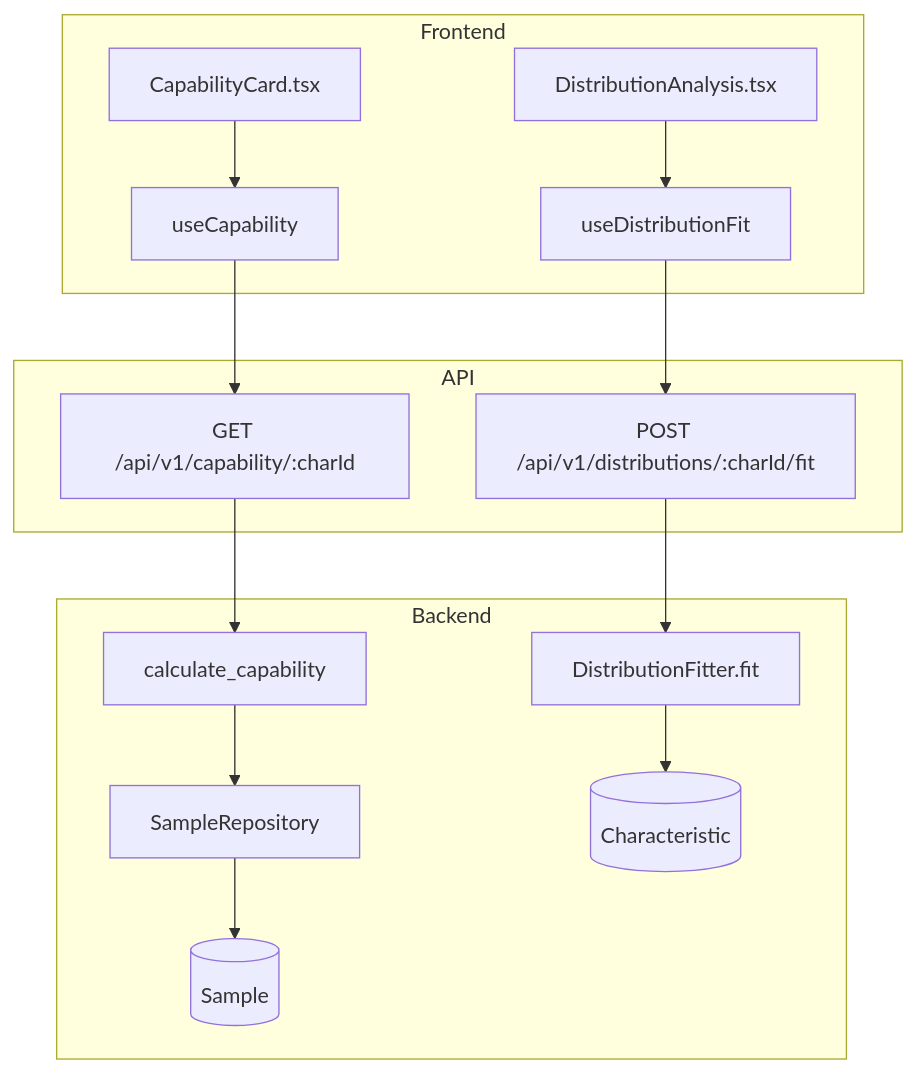
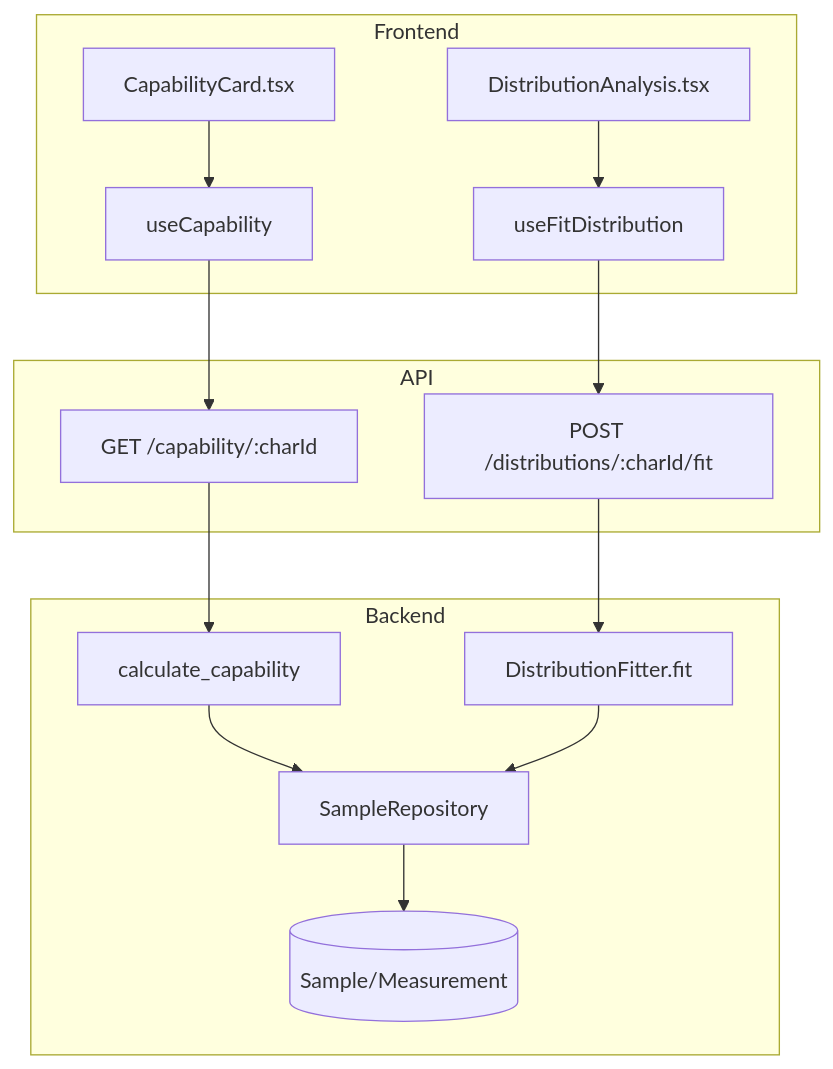
One commit to saturnis-io/cassini changed the first of 2 diagrams in .knowledge/features/capability.md. Above: the diagram before and after it, drawn with Mermaid. The commit also changed other lines of this file and 16 other files, not shown here.

First line of the commit message:
knowledge-graph: regenerate

````diff
--- a/.knowledge/features/capability.md
+++ b/.knowledge/features/capability.md
@@ -5,18 +5,18 @@
 ```mermaid
 flowchart TD
     subgraph Frontend
         C1[CapabilityCard.tsx] --> H1[useCapability]
-        C2[DistributionAnalysis.tsx] --> H2[useDistributionFit]
+        C2[DistributionAnalysis.tsx] --> H2[useFitDistribution]
     end
     subgraph API
-        H1 --> E1[GET /api/v1/capability/:charId]
-        H2 --> E2[POST /api/v1/distributions/:charId/fit]
+        H1 --> E1[GET /capability/:charId]
+        H2 --> E2[POST /distributions/:charId/fit]
     end
     subgraph Backend
         E1 --> S1[calculate_capability]
         S1 --> R1[SampleRepository]
-        R1 --> M1[(Sample)]
+        R1 --> M1[(Sample/Measurement)]
         E2 --> S2[DistributionFitter.fit]
-        S2 --> M2[(Characteristic)]
+        S2 --> R1
     end
 ```
````
